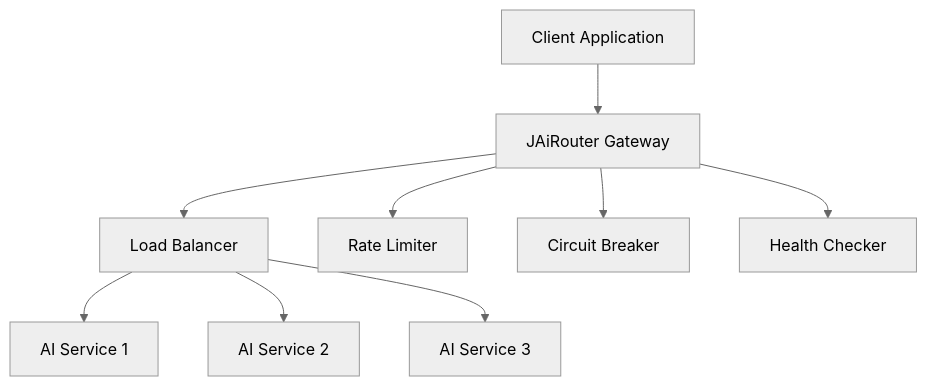
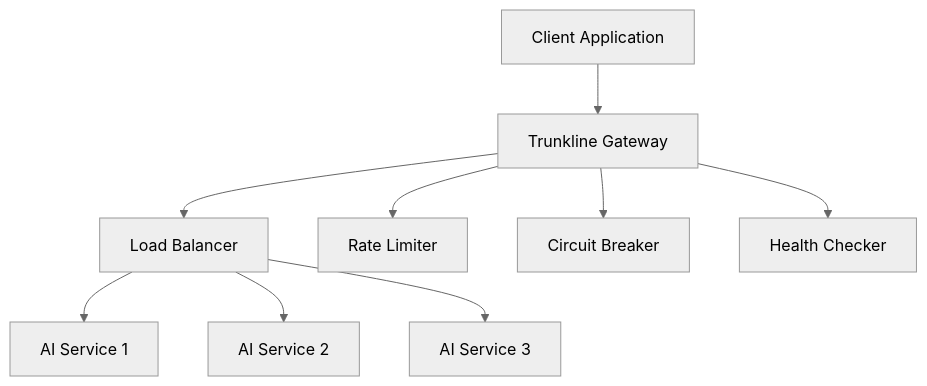
The diagram in docs/en/getting-started/index.md (ethdeve/trunkline), drawn with Mermaid (neutral theme) before and after one commit. The commit also changed other lines of this file and 1160 other files, not shown here.

````diff
--- a/docs/en/getting-started/index.md
+++ b/docs/en/getting-started/index.md
@@ -43,12 +43,12 @@
 ```mermaid
 graph TB
-    Client[Client Application] --> JAiRouter[JAiRouter Gateway]
-    JAiRouter --> LB[Load Balancer]
+    Client[Client Application] --> Trunkline[Trunkline Gateway]
+    Trunkline --> LB[Load Balancer]
     LB --> Service1[AI Service 1]
     LB --> Service2[AI Service 2]
     LB --> Service3[AI Service 3]
     
-    JAiRouter --> RL[Rate Limiter]
-    JAiRouter --> CB[Circuit Breaker]
-    JAiRouter --> HC[Health Checker]
+    Trunkline --> RL[Rate Limiter]
+    Trunkline --> CB[Circuit Breaker]
+    Trunkline --> HC[Health Checker]
 ```
````
